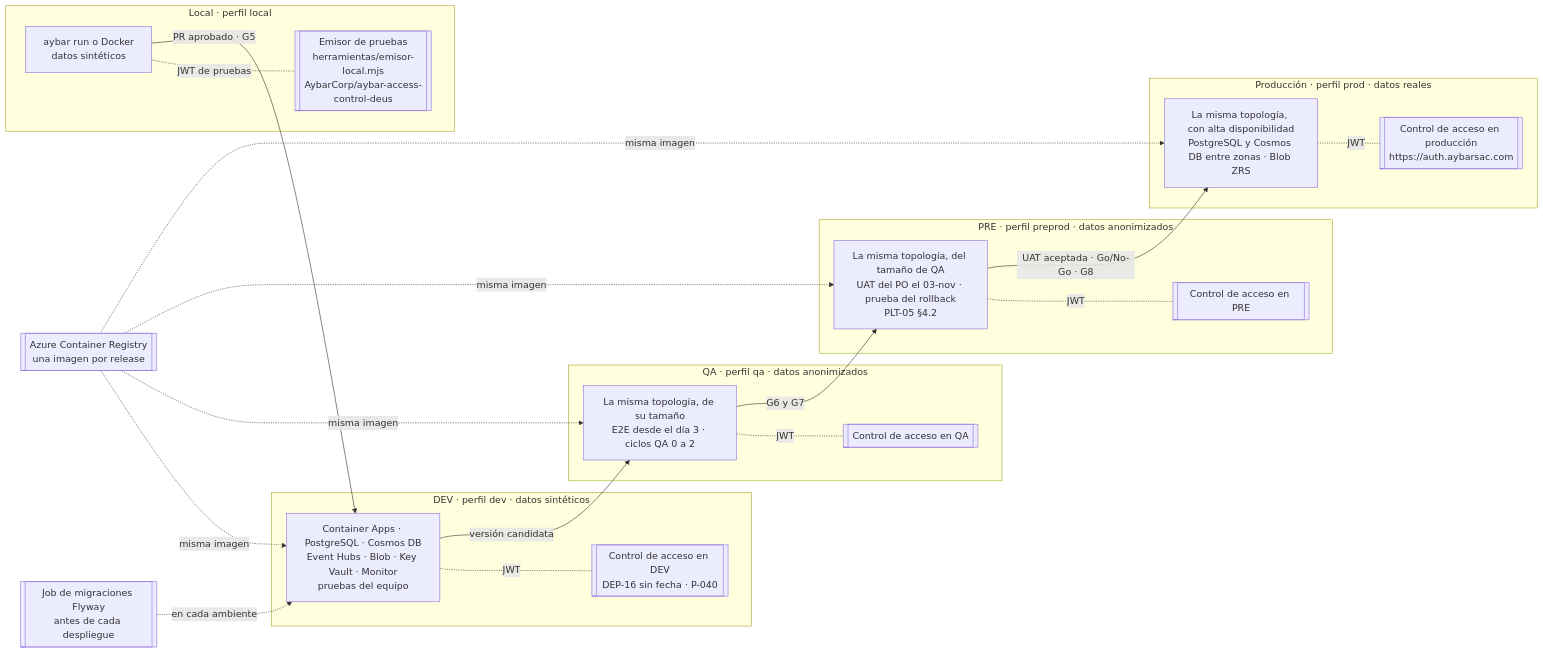
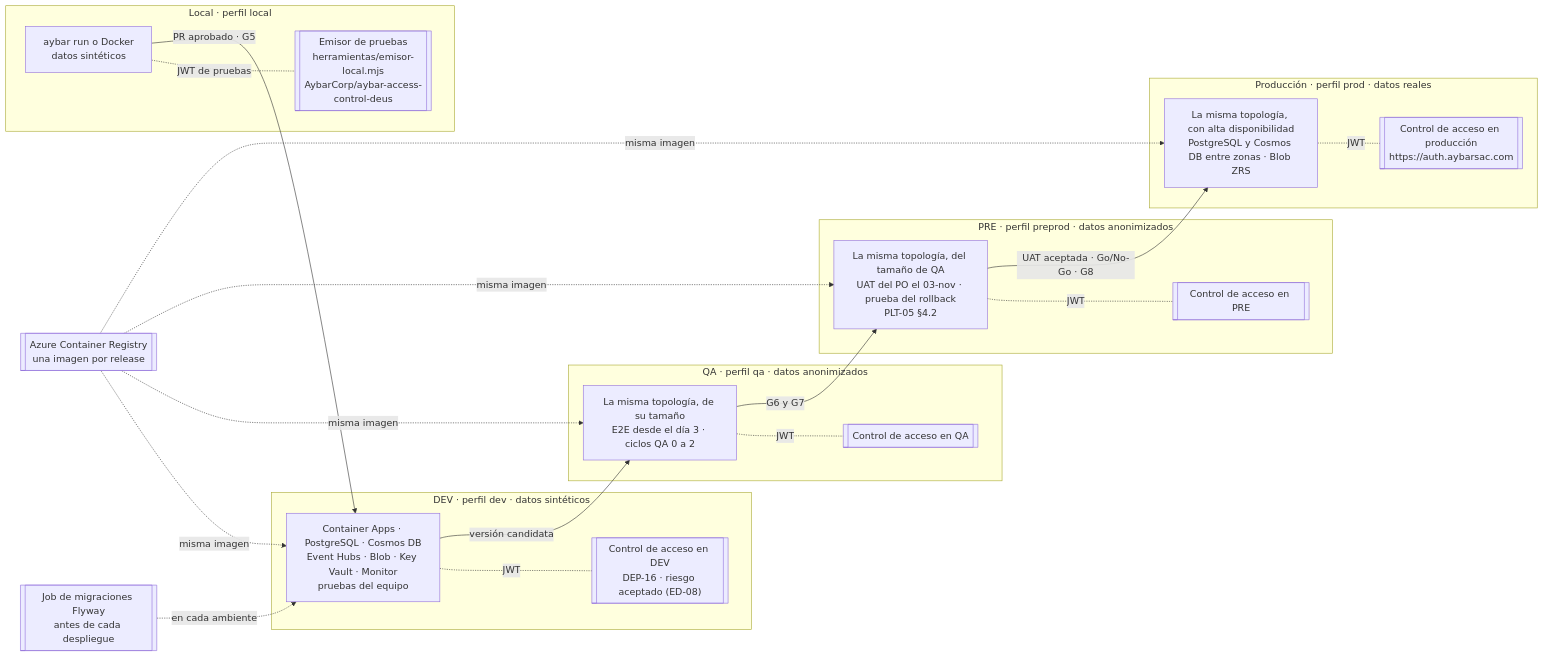
Before and after one commit to michel-poma-huachihuaco/tyc-mockup: the fourth of 5 diagrams in propuesta-po/documentacion/paquete-definir-etapa1-v1.3/arquitectura/diagrama-arquitectura.md, drawn with Mermaid. The commit also changed other lines of this file and 69 other files, not shown here.

````diff
--- a/propuesta-po/documentacion/paquete-definir-etapa1-v1.3/arquitectura/diagrama-arquitectura.md
+++ b/propuesta-po/documentacion/paquete-definir-etapa1-v1.3/arquitectura/diagrama-arquitectura.md
@@ -221,39 +222,39 @@
 ```mermaid
 flowchart LR
   subgraph local["Local · perfil local"]
     l1["aybar run o Docker<br/>datos sintéticos"]
     l2[["Emisor de pruebas<br/>herramientas/emisor-local.mjs<br/>AybarCorp/aybar-access-control-deus"]]
   end
   subgraph dev["DEV · perfil dev · datos sintéticos"]
     d1["Container Apps · PostgreSQL · Cosmos DB<br/>Event Hubs · Blob · Key Vault · Monitor<br/>pruebas del equipo"]
-    d2[["Control de acceso en DEV<br/>DEP-16 sin fecha · P-040"]]
+    d2[["Control de acceso en DEV<br/>DEP-16 · riesgo aceptado (ED-08)"]]
   end
   subgraph qa["QA · perfil qa · datos anonimizados"]
     q1["La misma topología, de su tamaño<br/>E2E desde el día 3 · ciclos QA 0 a 2"]
     q2[["Control de acceso en QA"]]
   end
   subgraph pre["PRE · perfil preprod · datos anonimizados"]
     p1["La misma topología, del tamaño de QA<br/>UAT del PO el 03-nov · prueba del rollback<br/>PLT-05 §4.2"]
     p2[["Control de acceso en PRE"]]
   end
   subgraph prod["Producción · perfil prod · datos reales"]
     r1["La misma topología, con alta disponibilidad<br/>PostgreSQL y Cosmos DB entre zonas · Blob ZRS"]
     r2[["Control de acceso en producción<br/>https://auth.aybarsac.com"]]
   end
   acr[["Azure Container Registry<br/>una imagen por release"]]
   mig[["Job de migraciones Flyway<br/>antes de cada despliegue"]]
   l1 -. "JWT de pruebas" .- l2
   d1 -. "JWT" .- d2
   q1 -. "JWT" .- q2
   p1 -. "JWT" .- p2
   r1 -. "JWT" .- r2
   l1 -- "PR aprobado · G5" --> d1
   d1 -- "versión candidata" --> q1
   q1 -- "G6 y G7" --> p1
   p1 -- "UAT aceptada · Go/No-Go · G8" --> r1
   acr -. "misma imagen" .-> d1
   acr -. "misma imagen" .-> q1
   acr -. "misma imagen" .-> p1
   acr -. "misma imagen" .-> r1
   mig -. "en cada ambiente" .-> d1
 ```
````
